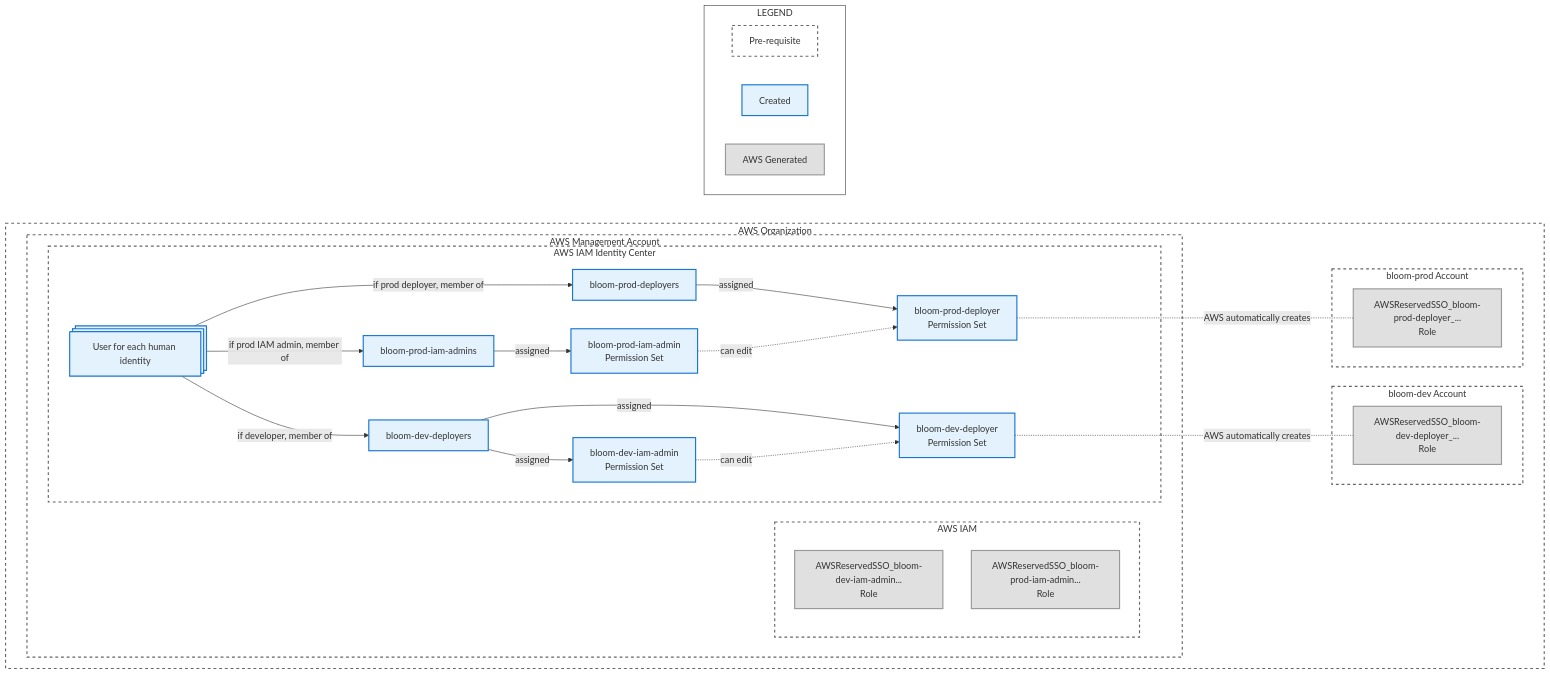
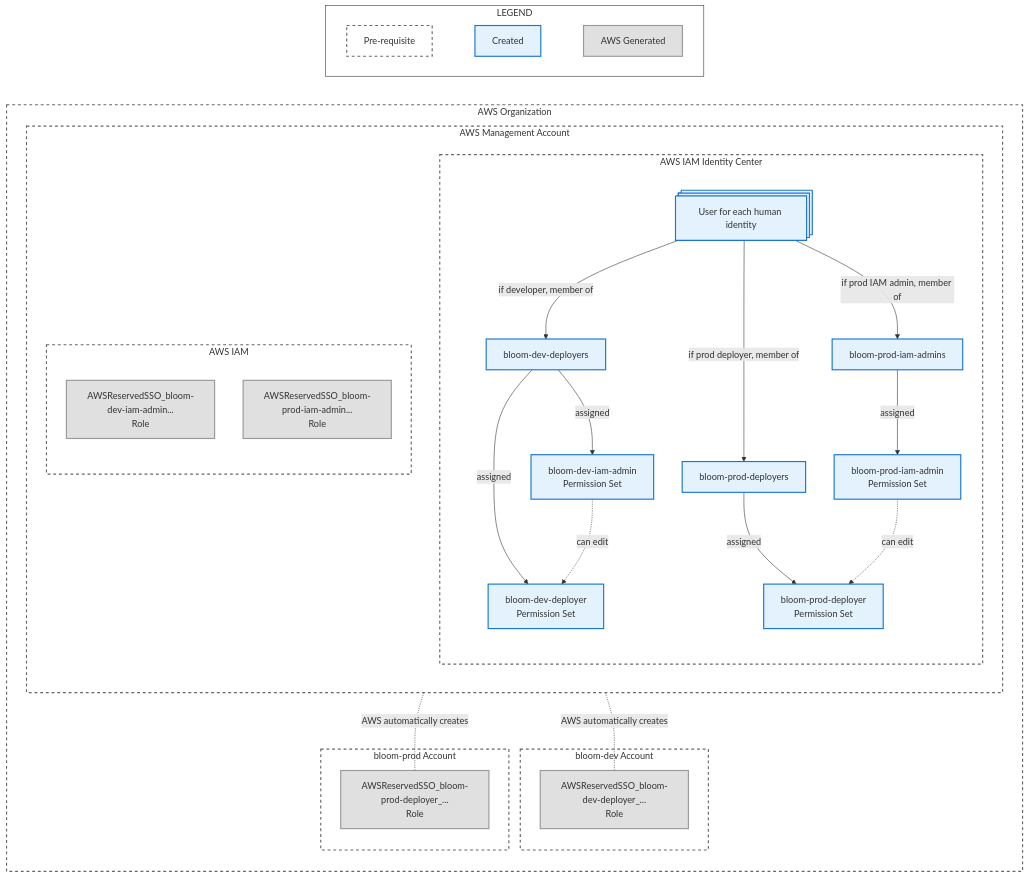
The diagram in infra/aws_deployment_guide/1_iam_identity_center_configuration.md (bloom-housing/bloom), drawn with Mermaid before and after one commit. The commit also changed 1 other file, not shown here.

Commit message:
Try and get graphs to render top down on github

````diff
--- a/infra/aws_deployment_guide/1_iam_identity_center_configuration.md
+++ b/infra/aws_deployment_guide/1_iam_identity_center_configuration.md
@@ -5,72 +5,82 @@
 ```mermaid
-graph TD
+graph TB
   subgraph ORG[AWS Organization]
+      direction TB
+
       subgraph MA[AWS Management Account]
+          direction TB
+
           subgraph IC[AWS IAM Identity Center]
+              direction TB
+
               HUMANS@{ shape: processes, label: "User for each human identity" }
               GRP_DEVELOPERS[bloom-dev-deployers]
               GRP_PROD_DEPLOYERS[bloom-prod-deployers]
               GRP_PROD_IAM[bloom-prod-iam-admins]
               PS_DEV[bloom-dev-deployer<br/>Permission Set]
               PS_PROD[bloom-prod-deployer<br/>Permission Set]
               PS_DEV_IAM[bloom-dev-iam-admin<br/>Permission Set]
               PS_PROD_IAM[bloom-prod-iam-admin<br/>Permission Set]
 
               HUMANS -->|if developer, member of| GRP_DEVELOPERS
               HUMANS -->|if prod deployer, member of| GRP_PROD_DEPLOYERS
               HUMANS -->|if prod IAM admin, member of| GRP_PROD_IAM
               GRP_DEVELOPERS -->|assigned| PS_DEV
               GRP_DEVELOPERS -->|assigned| PS_DEV_IAM
               GRP_PROD_DEPLOYERS -->|assigned| PS_PROD
               GRP_PROD_IAM -->|assigned| PS_PROD_IAM
               PS_DEV_IAM -.->|can edit| PS_DEV
               PS_PROD_IAM -.->|can edit| PS_PROD
           end
           subgraph IAM[AWS IAM]
+              direction TB
+
               SSO_ROLE_DEV_IAM[AWSReservedSSO_bloom-dev-iam-admin...<br/>Role]
               SSO_ROLE_PROD_IAM[AWSReservedSSO_bloom-prod-iam-admin...<br/>Role]
           end
       end
       subgraph DEV[bloom-dev Account]
           SSO_ROLE_DEV[AWSReservedSSO_bloom-dev-deployer_...<br/>Role]
       end
       subgraph PROD[bloom-prod Account]
           SSO_ROLE_PROD[AWSReservedSSO_bloom-prod-deployer_...<br/>Role]
       end
 
       PS_DEV -.-|AWS automatically creates| SSO_ROLE_DEV
       PS_PROD -.-|AWS automatically creates| SSO_ROLE_PROD
 
   end
 
   subgraph LEGEND
       PREREQ[Pre-requisite]
       CREATED[Created]
       GENERATED[AWS Generated]
+
+      PREREQ ~~~ CREATED ~~~ GENERATED
   end
 
   %% Invisible link to position legend at top
   LEGEND ~~~ ORG
 
   %% Color coding styles
   %% Grey for AWS-generated roles
   classDef awsGenerated fill:#e0e0e0,stroke:#999,stroke-width:2px
   %% Blue for manually created
   classDef manual fill:#e3f2fd,stroke:#1976d2,stroke-width:2px
   %% Dashed border for prerequisites
   classDef prerequisite fill:#fff,stroke:#666,stroke-width:2px,stroke-dasharray: 5 5
   %% Legend container style
   classDef legendStyle fill:#fff,stroke:#333,stroke-width:1px
 
   %% Apply prerequisite style to org structure
   class ORG,MA,IC,PREREQ,DEV,PROD,IAM prerequisite
 
   %% Apply legend style
   class LEGEND legendStyle
 
   %% Apply AWS-generated style (grey)
   class SSO_ROLE_DEV,SSO_ROLE_PROD,GENERATED,SSO_ROLE_DEV_IAM,SSO_ROLE_PROD_IAM awsGenerated
 
   %% Apply manual style (blue)
   class HUMANS,GRP_DEVELOPERS,GRP_PROD_DEPLOYERS,GRP_PROD_IAM,PS_DEV_IAM,PS_PROD_IAM,PS_DEV,PS_PROD,CREATED manual
 ```
````
